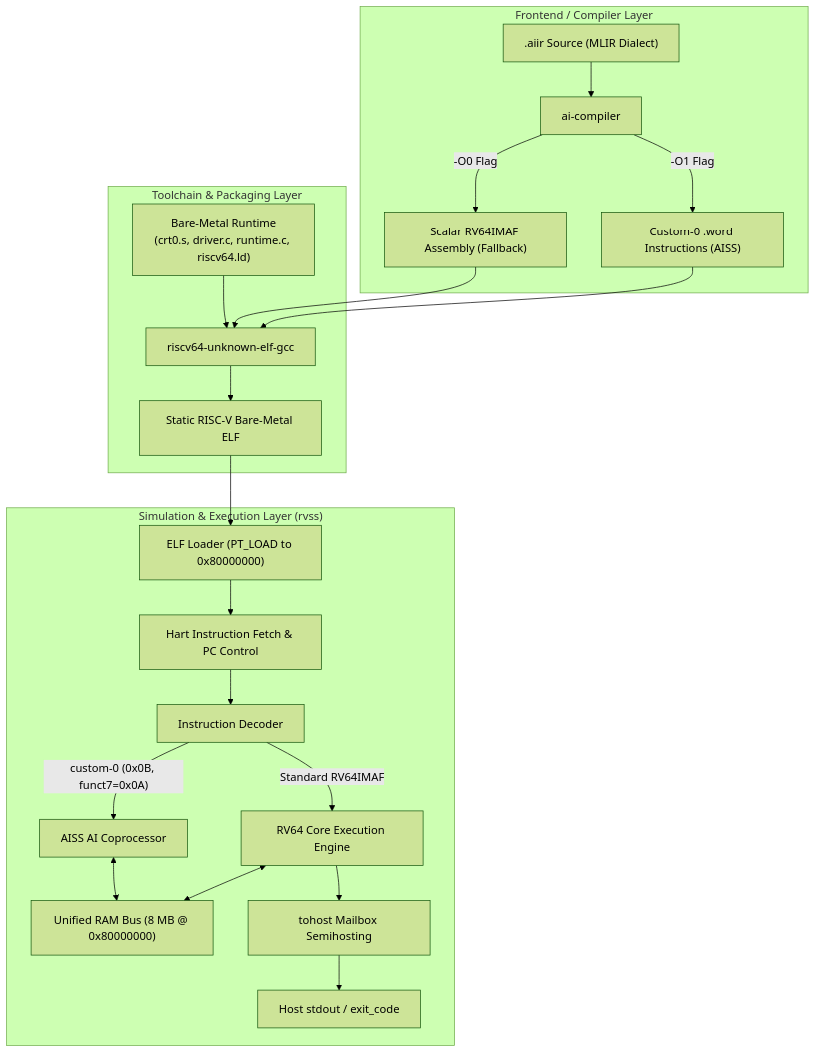
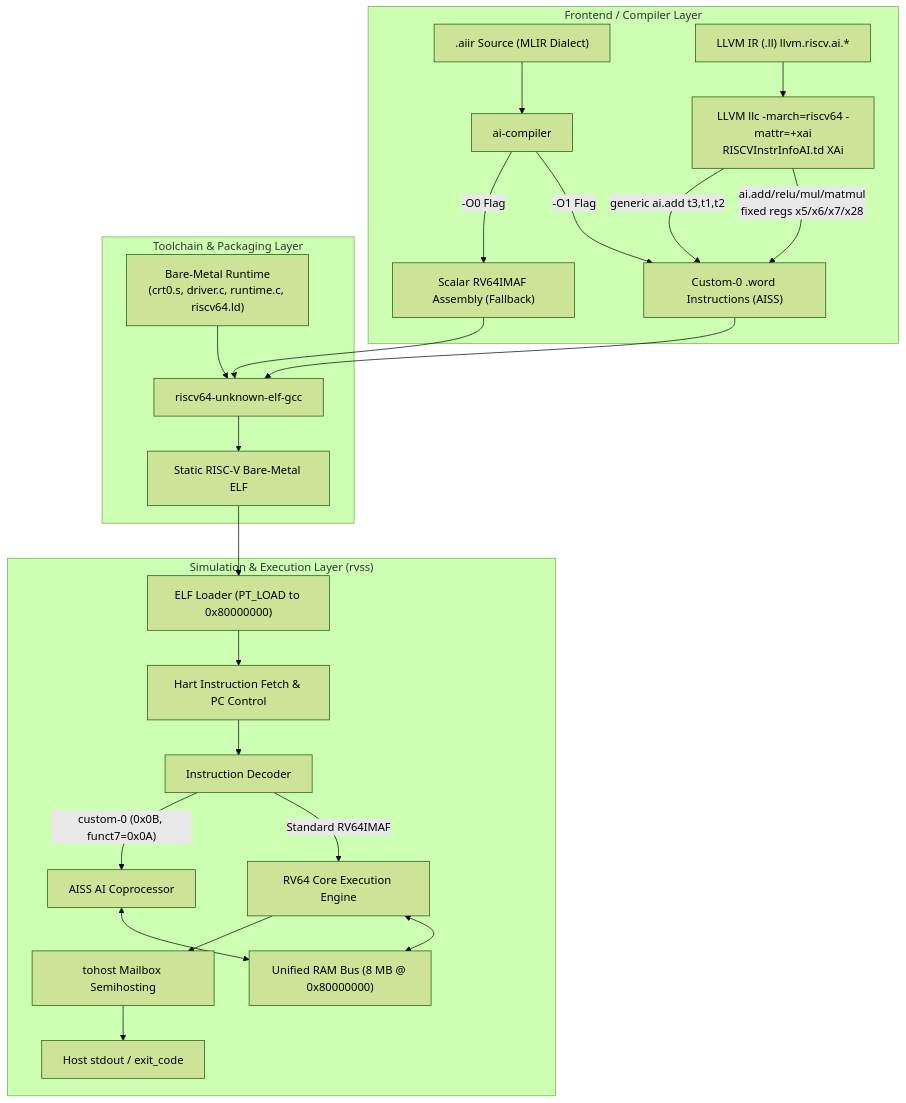
The diagram in architecture.md (ryan1234814/main_project), drawn with Mermaid (forest theme) before and after one commit. The commit also changed other lines of this file and 10 other files, not shown here.

First line of the commit message:
feat: integrate LLVM XAi backend (custom-0 0x0B f7 0x0A) + docs sync

````diff
--- a/architecture.md
+++ b/architecture.md
@@ -72,27 +72,30 @@
 ```mermaid
 flowchart TD
     subgraph Frontend["Frontend / Compiler Layer"]
         A[".aiir Source (MLIR Dialect)"] --> B["ai-compiler"]
+        A2["LLVM IR (.ll) llvm.riscv.ai.*"] --> B2["LLVM llc -march=riscv64 -mattr=+xai<br/>RISCVInstrInfoAI.td XAi"]
         B -->|"-O1 Flag"| C["Custom-0 .word Instructions (AISS)"]
         B -->|"-O0 Flag"| D["Scalar RV64IMAF Assembly (Fallback)"]
+        B2 -->|"ai.add/relu/mul/matmul<br/>fixed regs x5/x6/x7/x28"| C
+        B2 -->|"generic ai.add t3,t1,t2"| C
     end
 
     subgraph BuildLayer["Toolchain & Packaging Layer"]
         C --> E["riscv64-unknown-elf-gcc"]
         D --> E
         RT["Bare-Metal Runtime<br/>(crt0.s, driver.c, runtime.c, riscv64.ld)"] --> E
         E --> F["Static RISC-V Bare-Metal ELF"]
     end
 
     subgraph SimLayer["Simulation & Execution Layer (rvss)"]
         F --> G["ELF Loader (PT_LOAD to 0x80000000)"]
         G --> H["Hart Instruction Fetch & PC Control"]
         H --> I["Instruction Decoder"]
         I -->|"Standard RV64IMAF"| J["RV64 Core Execution Engine"]
         I -->|"custom-0 (0x0B, funct7=0x0A)"| K["AISS AI Coprocessor"]
         J <--> M["Unified RAM Bus (8 MB @ 0x80000000)"]
         K <--> M
         J --> N["tohost Mailbox Semihosting"]
         N --> O["Host stdout / exit_code"]
     end
 ```
````
